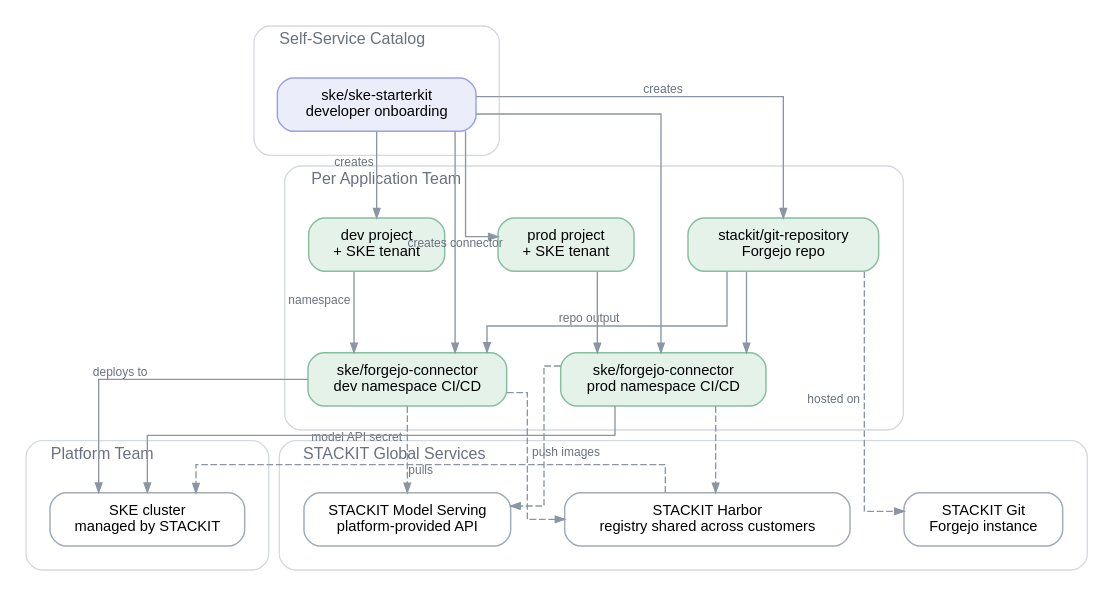
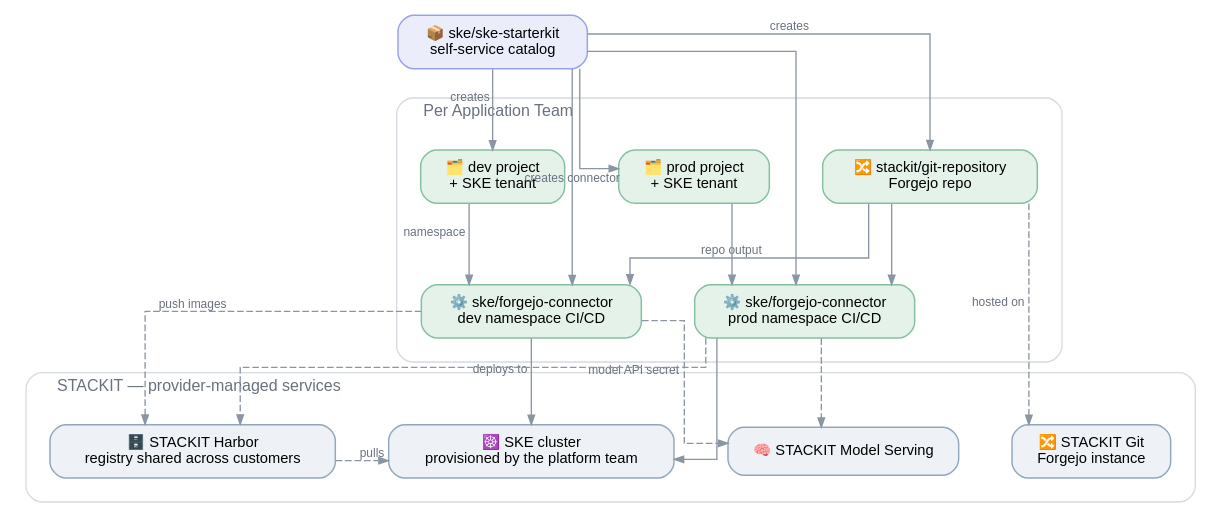
One commit to meshcloud/meshstack-hub changed the diagram in reference-architectures/stackit-kubernetes.dot. Above: the diagram before and after it, drawn with Graphviz. The commit also changed 5 other files, not shown here.

```diff
--- a/reference-architectures/stackit-kubernetes.dot
+++ b/reference-architectures/stackit-kubernetes.dot
@@ -1,87 +1,72 @@
 /*
  * STACKIT Kubernetes (SKE) reference architecture.
- * Render with: task diagrams
+ * Conventions: .agents/references/diagrams.md — render with: task diagrams
  */
 digraph stackit_kubernetes {
   rankdir=TB
   splines=ortho
   forcelabels=true
   bgcolor="white"
   nodesep=0.55
   ranksep=0.85
 
-  node [shape=box style="rounded,filled" fontname="Helvetica" fontsize=11 fillcolor="#ffffff" color="#a2abb8" penwidth=1.1 margin="0.20,0.11"]
+  node [shape=box style="rounded,filled" fontname="Helvetica" fontsize=11
+        fillcolor="#ffffff" color="#a2abb8" penwidth=1.1 margin="0.20,0.11"]
   edge [fontname="Helvetica" fontsize=9 fontcolor="#697180" color="#8b95a3" arrowsize=0.7]
 
-  subgraph cluster_catalog {
-    label="  Self-Service Catalog"
-    labeljust=l
-    fontname="Helvetica" fontsize=12 fontcolor="#697180"
-    style="rounded" color="#d5dae0"
-    margin=18
-
-    STARTER [label="ske/ske-starterkit\ndeveloper onboarding" fillcolor="#ecedfb" color="#9aa2e6"]
-  }
+  // meshStack definition the application team orders from the catalog
+  STARTER [label="📦 ske/ske-starterkit\nself-service catalog" fillcolor="#ecedfb" color="#9aa2e6"]
 
   subgraph cluster_team {
     label="  Per Application Team"
     labeljust=l
     fontname="Helvetica" fontsize=12 fontcolor="#697180"
     style="rounded" color="#d5dae0"
     margin=18
 
-    REPO   [label="stackit/git-repository\nForgejo repo" fillcolor="#e5f2ea" color="#85bfa0"]
-    P_DEV  [label="dev project\n+ SKE tenant" fillcolor="#e5f2ea" color="#85bfa0"]
-    P_PROD [label="prod project\n+ SKE tenant" fillcolor="#e5f2ea" color="#85bfa0"]
-    D_DEV  [label="ske/forgejo-connector\ndev namespace CI/CD" fillcolor="#e5f2ea" color="#85bfa0"]
-    D_PROD [label="ske/forgejo-connector\nprod namespace CI/CD" fillcolor="#e5f2ea" color="#85bfa0"]
+    REPO   [label="🔀 stackit/git-repository\nForgejo repo" fillcolor="#e5f2ea" color="#85bfa0"]
+    P_DEV  [label="🗂️ dev project\n+ SKE tenant" fillcolor="#e5f2ea" color="#85bfa0"]
+    P_PROD [label="🗂️ prod project\n+ SKE tenant" fillcolor="#e5f2ea" color="#85bfa0"]
+    D_DEV  [label="⚙️ ske/forgejo-connector\ndev namespace CI/CD" fillcolor="#e5f2ea" color="#85bfa0"]
+    D_PROD [label="⚙️ ske/forgejo-connector\nprod namespace CI/CD" fillcolor="#e5f2ea" color="#85bfa0"]
 
     { rank=same; P_PROD -> P_DEV -> REPO [style=invis] }
     { rank=same; D_PROD -> D_DEV [style=invis] }
   }
 
-  subgraph cluster_platform {
-    label="  Platform Team"
+  subgraph cluster_stackit {
+    label="  STACKIT — provider-managed services"
     labeljust=l
     fontname="Helvetica" fontsize=12 fontcolor="#697180"
     style="rounded" color="#d5dae0"
     margin=18
 
-    SKE [label="SKE cluster\nmanaged by STACKIT"]
-  }
+    SKE    [label="☸️ SKE cluster\nprovisioned by the platform team" fillcolor="#eef2f6" color="#93a7bb"]
+    MODEL  [label="🧠 STACKIT Model Serving" fillcolor="#eef2f6" color="#93a7bb"]
+    HARBOR [label="🗄️ STACKIT Harbor\nregistry shared across customers" fillcolor="#eef2f6" color="#93a7bb"]
+    GIT    [label="🔀 STACKIT Git\nForgejo instance" fillcolor="#eef2f6" color="#93a7bb"]
 
-  subgraph cluster_stackit {
-    label="  STACKIT Global Services"
-    labeljust=l
-    fontname="Helvetica" fontsize=12 fontcolor="#697180"
-    style="rounded" color="#d5dae0"
-    margin=18
-
-    GIT    [label="STACKIT Git\nForgejo instance"]
-    HARBOR [label="STACKIT Harbor\nregistry shared across customers"]
-    MODEL  [label="STACKIT Model Serving\nplatform-provided API"]
-
-    { rank=same; GIT -> HARBOR -> MODEL [style=invis] }
+    { rank=same; MODEL -> HARBOR -> SKE -> GIT [style=invis] }
   }
 
   STARTER -> REPO   [xlabel="creates"]
   STARTER -> P_DEV  [xlabel="creates"]
   STARTER -> P_PROD
   STARTER -> D_DEV  [xlabel="creates connector"]
   STARTER -> D_PROD
 
-  P_DEV  -> D_DEV  [xlabel="namespace"]
+  P_DEV  -> D_DEV [xlabel="namespace"]
   P_PROD -> D_PROD
-  REPO   -> D_DEV  [xlabel="repo output"]
+  REPO   -> D_DEV [xlabel="repo output"]
   REPO   -> D_PROD
 
   D_DEV  -> SKE [xlabel="deploys to"]
   D_PROD -> SKE
 
   REPO   -> GIT    [xlabel="hosted on" style=dashed]
   D_DEV  -> HARBOR [xlabel="push images" style=dashed]
   D_PROD -> HARBOR [style=dashed]
   D_DEV  -> MODEL  [xlabel="model API secret" style=dashed]
   D_PROD -> MODEL  [style=dashed]
   HARBOR -> SKE    [xlabel="pulls" style=dashed constraint=false]
 }
```
